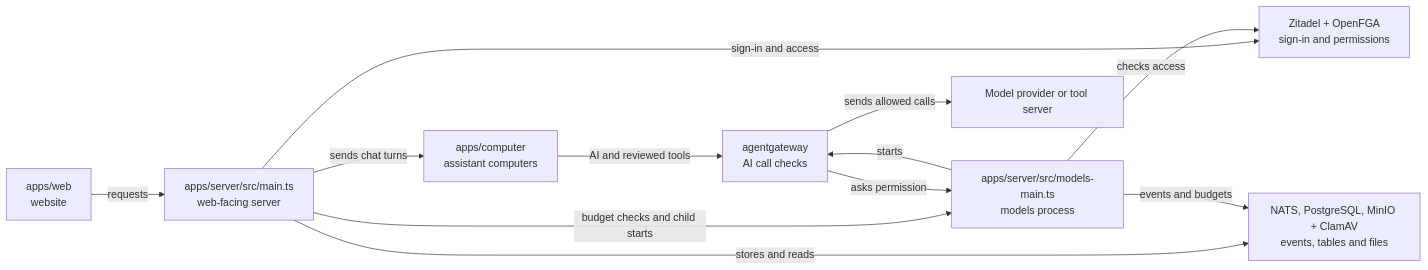
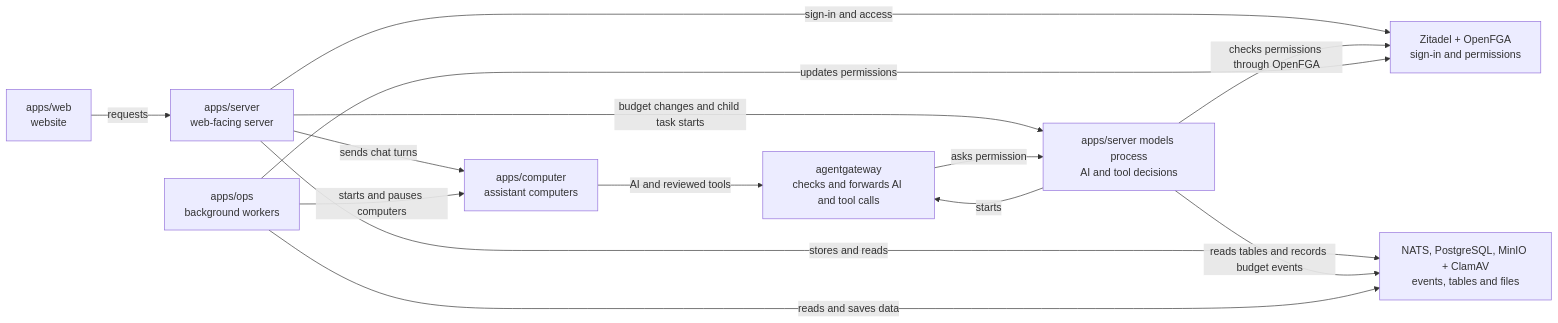
One commit to elewa-git/opencrane-new changed the diagram in README.md. Above: the diagram before and after it, drawn with Mermaid. The commit also changed other lines of this file and 1 other file, not shown here.

Commit message:
🗺️ Restore worker links in system diagram

````diff
--- a/README.md
+++ b/README.md
@@ -70,14 +70,16 @@
 ```mermaid
 flowchart LR
-  web["apps/web<br/>website"] -->|requests| server["apps/server/src/main.ts<br/>web-facing server"]
+  web["apps/web<br/>website"] -->|requests| server["apps/server<br/>web-facing server"]
   server -->|sign-in and access| access["Zitadel + OpenFGA<br/>sign-in and permissions"]
   server -->|stores and reads| data["NATS, PostgreSQL, MinIO + ClamAV<br/>events, tables and files"]
   server -->|sends chat turns| computer["apps/computer<br/>assistant computers"]
-  server -->|budget checks and child starts| models["apps/server/src/models-main.ts<br/>models process"]
-  models -->|events and budgets| data
-  models -->|checks access| access
-  models -->|starts| gateway["agentgateway<br/>AI call checks"]
+  server -->|budget changes and child task starts| models["apps/server models process<br/>AI and tool decisions"]
+  models -->|reads tables and records budget events| data
+  models -->|checks permissions through OpenFGA| access
+  models -->|starts| gateway["agentgateway<br/>checks and forwards AI and tool calls"]
   computer -->|AI and reviewed tools| gateway
   gateway -->|asks permission| models
-  gateway -->|sends allowed calls| upstream["Model provider or tool server"]
+  workers["apps/ops<br/>background workers"] -->|reads and saves data| data
+  workers -->|updates permissions| access
+  workers -->|starts and pauses computers| computer
 ```
````
